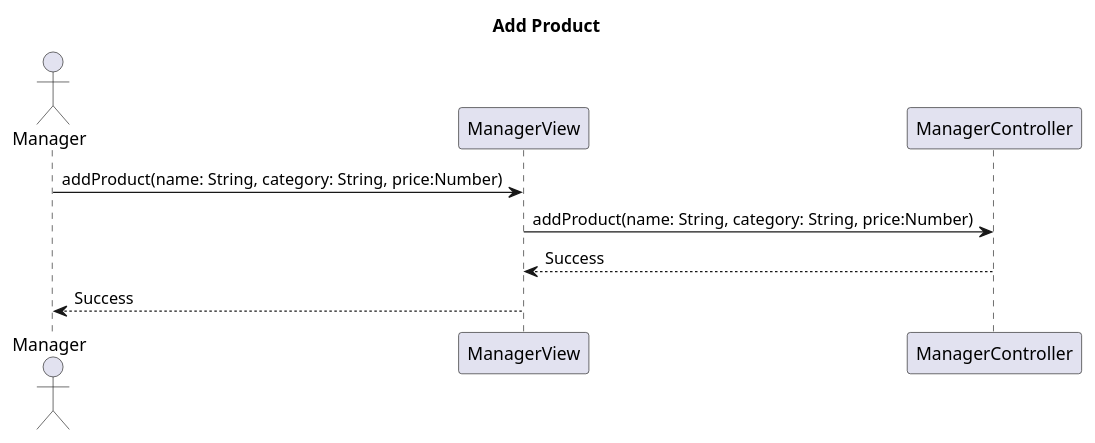
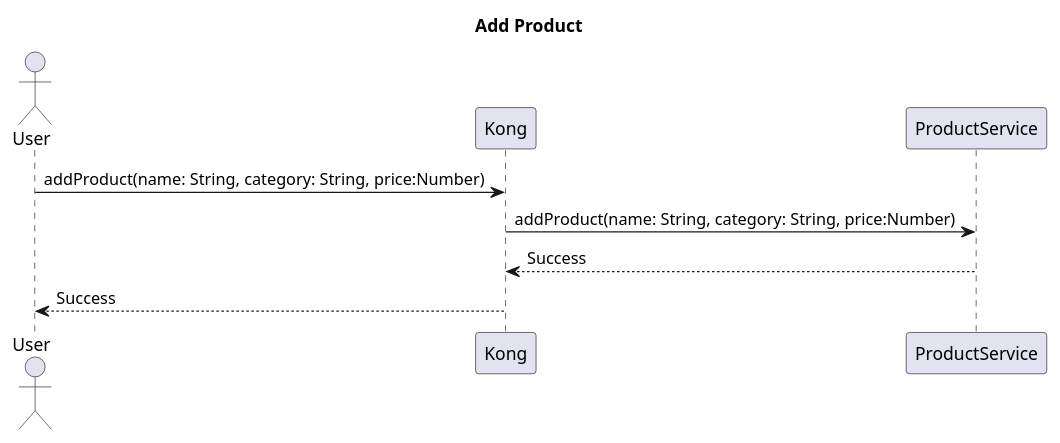
One commit to ThePhobosDeimosSuite/laboratoire-0_log430 changed the eighth of 20 diagrams in docs/rapport.md. Above: the diagram before and after it, drawn with PlantUML. The commit also changed other lines of this file and 21 other files, not shown here.

```diff
--- a/docs/rapport.md
+++ b/docs/rapport.md
@@ -201,9 +465,9 @@
 @startuml add-product
 title Add Product
-actor Manager
+actor User
 
-Manager -> ManagerView : addProduct(name: String, category: String, price:Number)
-ManagerView -> ManagerController : addProduct(name: String, category: String, price:Number)
-ManagerController --> ManagerView  :Success
-ManagerView --> Manager : Success
+User -> Kong : addProduct(name: String, category: String, price:Number)
+Kong -> ProductService : addProduct(name: String, category: String, price:Number)
+ProductService --> Kong  :Success
+Kong --> User : Success
 @enduml
```
